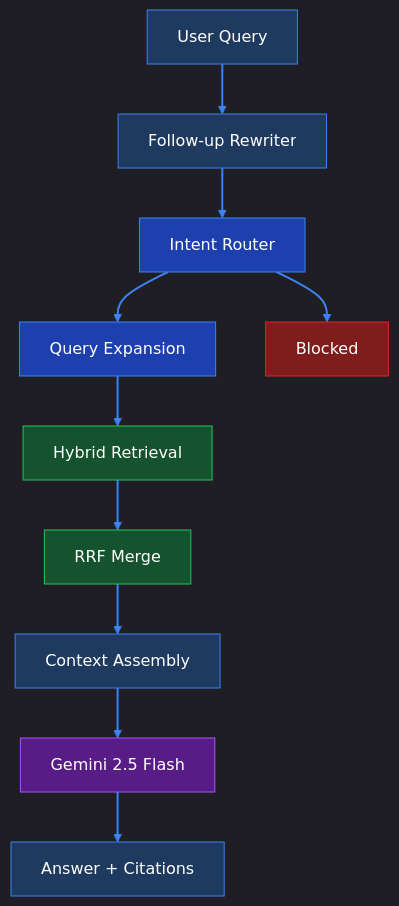
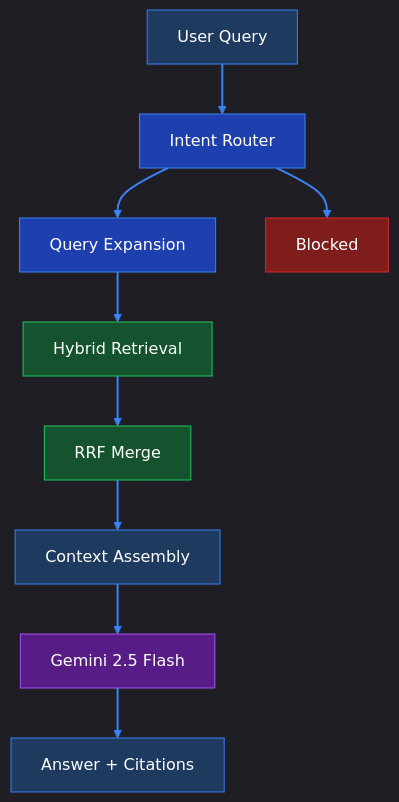
The second of 4 diagrams in presentation.md (HenryDeGrasse/LegacyLens), drawn with Mermaid before and after one commit. The commit also changed 1 other file, not shown here.

Commit message:
docs: add presentation and README instructions for running it
- Update presentation.md: simplify RAG pipeline diagram (remove Follow-up Rewriter node)
- Add Presentation section to README with presenterm install/run instructions and navigation keys

````diff
--- a/presentation.md
+++ b/presentation.md
@@ -93,36 +93,33 @@
 ```mermaid +render
 %%{init: {'theme': 'dark'}}%%
 flowchart TD
     Q["User Query"]
-    RW["Follow-up Rewriter"]
     RT["Intent Router"]
     EX["Query Expansion"]
     HY["Hybrid Retrieval"]
     RRF["RRF Merge"]
     CA["Context Assembly"]
     LLM["Gemini 2.5 Flash"]
     ANS["Answer + Citations"]
     BLOCK["Blocked"]
 
-    Q --> RW
-    RW --> RT
+    Q --> RT
     RT --> EX
     RT --> BLOCK
     EX --> HY
     HY --> RRF
     RRF --> CA
     CA --> LLM
     LLM --> ANS
 
     style Q fill:#1e3a5f,stroke:#3b82f6,color:#fff
-    style RW fill:#1e3a5f,stroke:#3b82f6,color:#fff
     style RT fill:#1e40af,stroke:#3b82f6,color:#fff
     style EX fill:#1e40af,stroke:#3b82f6,color:#fff
     style HY fill:#14532d,stroke:#22c55e,color:#fff
     style RRF fill:#14532d,stroke:#22c55e,color:#fff
     style CA fill:#1e3a5f,stroke:#3b82f6,color:#fff
     style LLM fill:#581c87,stroke:#a855f7,color:#fff
     style ANS fill:#1e3a5f,stroke:#3b82f6,color:#fff
     style BLOCK fill:#7f1d1d,stroke:#dc2626,color:#fff
     linkStyle default stroke:#3b82f6,stroke-width:2px
 ```
````
